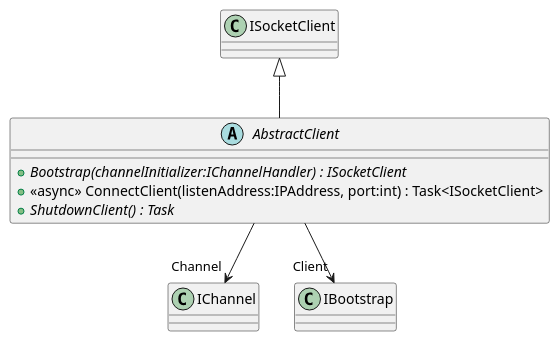
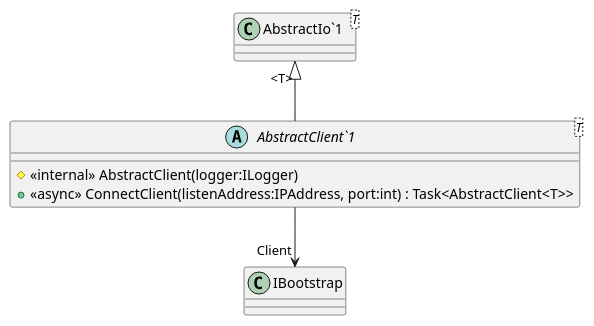
Before and after one commit to catalyst-network/Catalyst: the diagram in Documentation/UML/Catalyst.Node.Common/Helpers/IO/Outbound/AbstractClient.puml, drawn with PlantUML. The commit also changed 25 other files, not shown here.

```diff
--- a/Documentation/UML/Catalyst.Node.Common/Helpers/IO/Outbound/AbstractClient.puml
+++ b/Documentation/UML/Catalyst.Node.Common/Helpers/IO/Outbound/AbstractClient.puml
@@ -1,10 +1,10 @@
 @startuml
-abstract class AbstractClient {
-    + {abstract} Bootstrap(channelInitializer:IChannelHandler) : ISocketClient
-    + <<async>> ConnectClient(listenAddress:IPAddress, port:int) : Task<ISocketClient>
-    + {abstract} ShutdownClient() : Task
+abstract class "AbstractClient`1"<T> {
+    # <<internal>> AbstractClient(logger:ILogger)
+    + <<async>> ConnectClient(listenAddress:IPAddress, port:int) : Task<AbstractClient<T>>
 }
-ISocketClient <|-- AbstractClient
-AbstractClient --> "Channel" IChannel
-AbstractClient --> "Client" IBootstrap
+class "AbstractIo`1"<T> {
+}
+"AbstractIo`1" "<T>" <|-- "AbstractClient`1"
+"AbstractClient`1" --> "Client" IBootstrap
 @enduml
```
